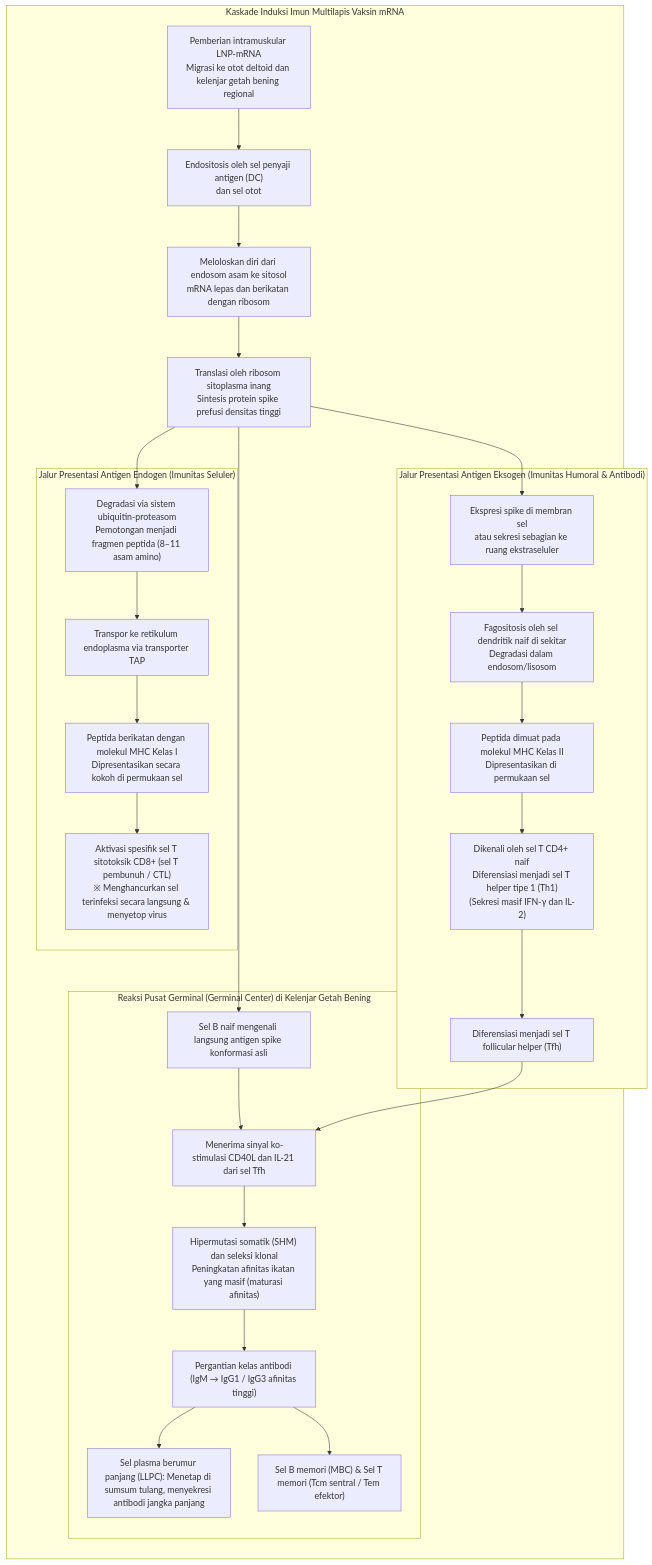
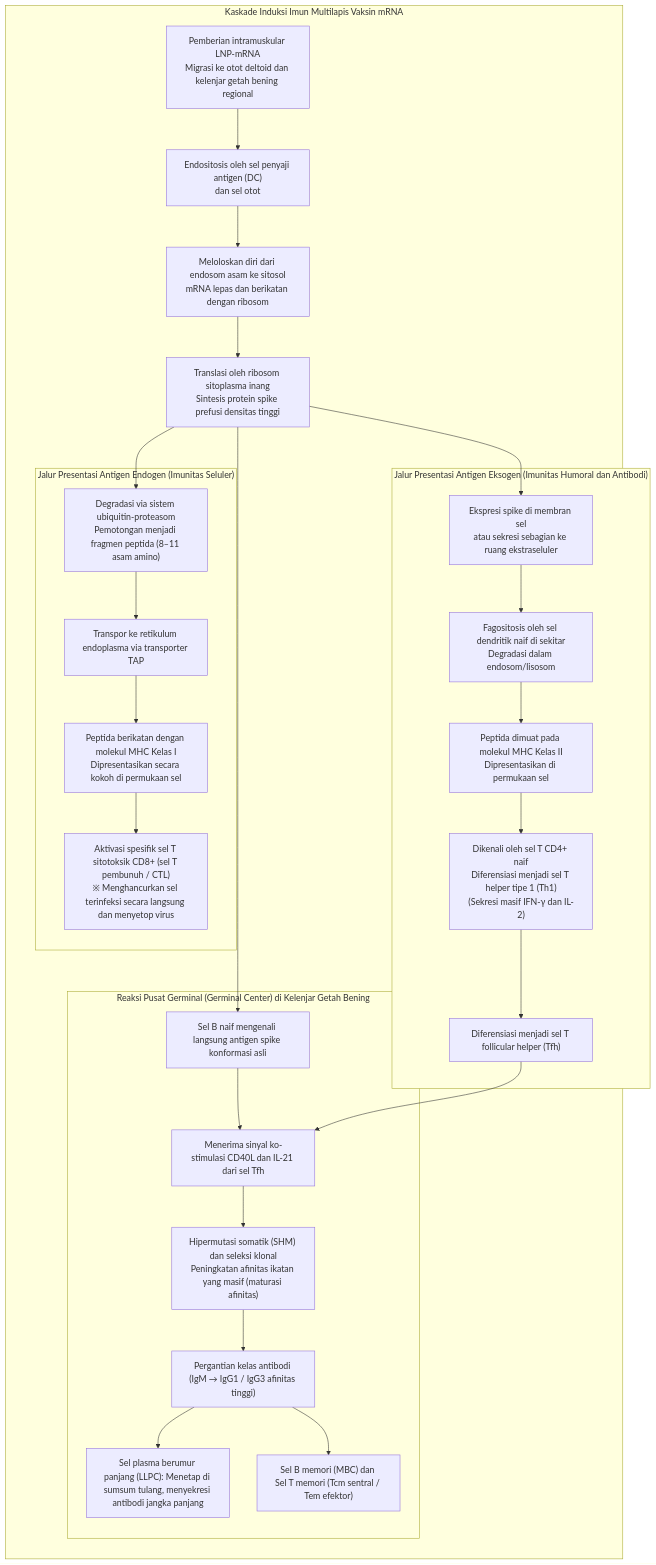
The third of 4 diagrams in content/post/covid19-mrna-vaccine-science-mechanisms-future/index.id.md (kenjinote/blog), drawn with Mermaid before and after one commit. The commit also changed other lines of this file and 12 other files, not shown here.

Commit message:
fix(post): resolve mermaid syntax error in chapter 4 across all 13 languages

````diff
--- a/content/post/covid19-mrna-vaccine-science-mechanisms-future/index.id.md
+++ b/content/post/covid19-mrna-vaccine-science-mechanisms-future/index.id.md
@@ -218,42 +218,44 @@
 ```mermaid
 flowchart TD
     subgraph ImmuneCascade ["Kaskade Induksi Imun Multilapis Vaksin mRNA"]
         direction TD
         LNP_INJ["Pemberian intramuskular LNP-mRNA<br/>Migrasi ke otot deltoid dan kelenjar getah bening regional"]
         DC_UPTAKE["Endositosis oleh sel penyaji antigen (DC)<br/>dan sel otot"]
         ESCAPE["Meloloskan diri dari endosom asam ke sitosol<br/>mRNA lepas dan berikatan dengan ribosom"]
         TRANSLATE["Translasi oleh ribosom sitoplasma inang<br/>Sintesis protein spike prefusi densitas tinggi"]
 
         subgraph Path_MHC1 ["Jalur Presentasi Antigen Endogen (Imunitas Seluler)"]
             PROTEASOME["Degradasi via sistem ubiquitin-proteasom<br/>Pemotongan menjadi fragmen peptida (8–11 asam amino)"]
             TAP["Transpor ke retikulum endoplasma via transporter TAP"]
             MHC1["Peptida berikatan dengan molekul MHC Kelas I<br/>Dipresentasikan secara kokoh di permukaan sel"]
-            CD8["Aktivasi spesifik sel T sitotoksik CD8+ (sel T pembunuh / CTL)<br/>※ Menghancurkan sel terinfeksi secara langsung & menyetop virus"]
+            CD8["Aktivasi spesifik sel T sitotoksik CD8+ (sel T pembunuh / CTL)<br/>※ Menghancurkan sel terinfeksi secara langsung dan menyetop virus"]
         end
 
-        subgraph Path_MHC2 ["Jalur Presentasi Antigen Eksogen (Imunitas Humoral & Antibodi)"]
+        subgraph Path_MHC2 ["Jalur Presentasi Antigen Eksogen (Imunitas Humoral dan Antibodi)"]
             EXOCYTO["Ekspresi spike di membran sel<br/>atau sekresi sebagian ke ruang ekstraseluler"]
             PHAGO["Fagositosis oleh sel dendritik naif di sekitar<br/>Degradasi dalam endosom/lisosom"]
             MHC2["Peptida dimuat pada molekul MHC Kelas II<br/>Dipresentasikan di permukaan sel"]
             CD4["Dikenali oleh sel T CD4+ naif<br/>Diferensiasi menjadi sel T helper tipe 1 (Th1)<br/>(Sekresi masif IFN-γ dan IL-2)"]
             TFH["Diferensiasi menjadi sel T follicular helper (Tfh)"]
         end
 
         subgraph GerminalCenter ["Reaksi Pusat Germinal (Germinal Center) di Kelenjar Getah Bening"]
             BCR["Sel B naif mengenali langsung antigen spike konformasi asli"]
             TFH_HELP["Menerima sinyal ko-stimulasi CD40L dan IL-21 dari sel Tfh"]
             SHM["Hipermutasi somatik (SHM) dan seleksi klonal<br/>Peningkatan afinitas ikatan yang masif (maturasi afinitas)"]
             CLASS_SWITCH["Pergantian kelas antibodi (IgM → IgG1 / IgG3 afinitas tinggi)"]
             PLASMA["Sel plasma berumur panjang (LLPC): Menetap di sumsum tulang, menyekresi antibodi jangka panjang"]
-            MEMORY["Sel B memori (MBC) & Sel T memori (Tcm sentral / Tem efektor)"]
+            MEMORY["Sel B memori (MBC) dan Sel T memori (Tcm sentral / Tem efektor)"]
         end
 
         LNP_INJ --> DC_UPTAKE --> ESCAPE --> TRANSLATE
         TRANSLATE --> PROTEASOME --> TAP --> MHC1 --> CD8
         TRANSLATE --> EXOCYTO --> PHAGO --> MHC2 --> CD4 --> TFH
         TRANSLATE --> BCR
-        BCR & TFH --> TFH_HELP --> SHM --> CLASS_SWITCH
+        BCR --> TFH_HELP
+        TFH --> TFH_HELP
+        TFH_HELP --> SHM --> CLASS_SWITCH
         CLASS_SWITCH --> PLASMA
         CLASS_SWITCH --> MEMORY
     end
 ```
````
